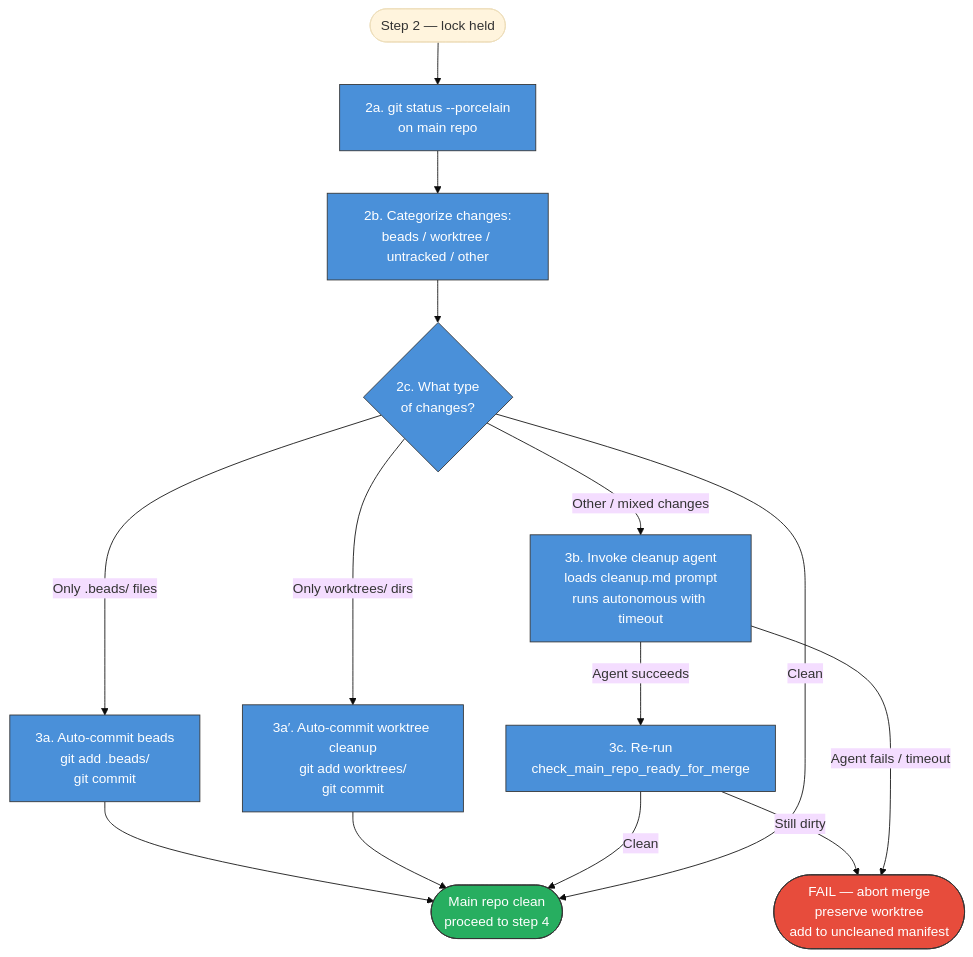
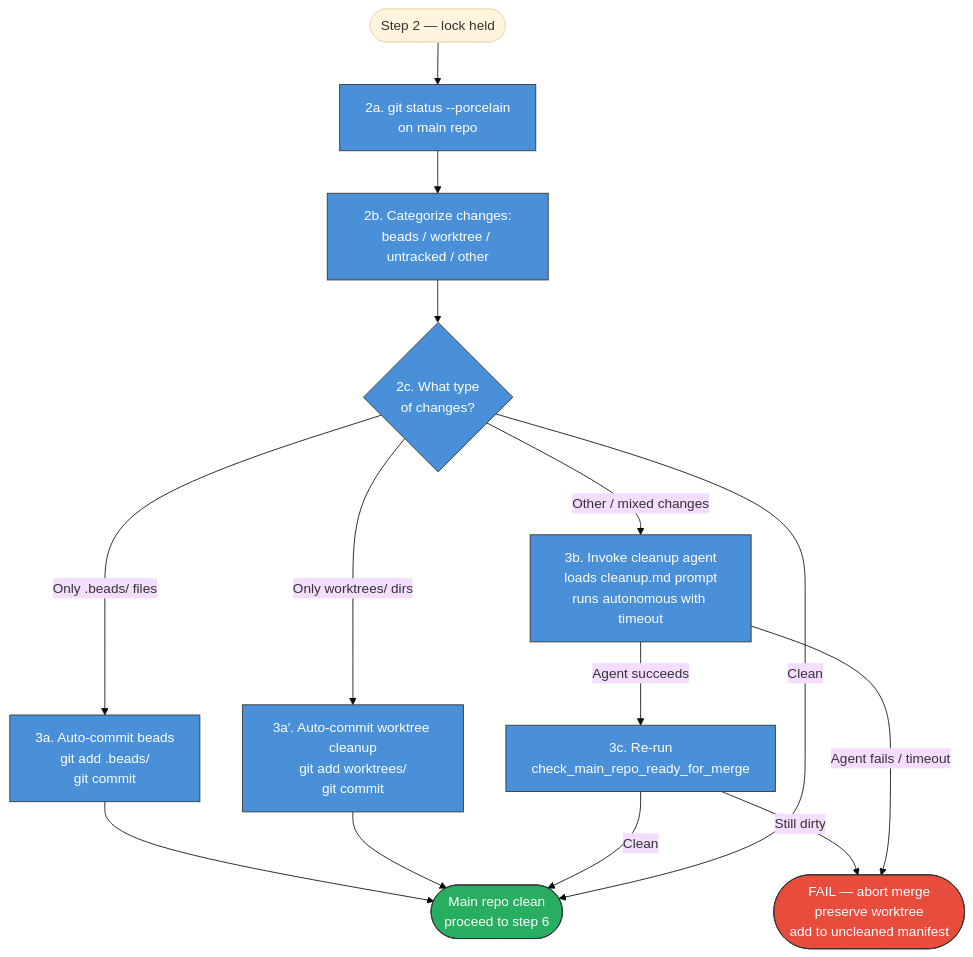
The third of 5 diagrams in docs/merge-workflow.md (AmeliaRose802/PokePoke), drawn with Mermaid (base theme) before and after one commit. The commit also changed other lines of this file and 4 other files, not shown here.

First line of the commit message:
feat(merge): hoist worktree clean + commit count checks before merge lock

````diff
--- a/docs/merge-workflow.md
+++ b/docs/merge-workflow.md
@@ -111,37 +109,37 @@
 ```mermaid
 flowchart TD
     START(["Step 2 — lock held"]) --> STATUS["2a. git status --porcelain<br/>on main repo"]
 
     STATUS --> CATEGORIZE["2b. Categorize changes:<br/>beads / worktree / untracked / other"]
 
     CATEGORIZE --> DECISION{"2c. What type<br/>of changes?"}
 
     DECISION -- "Only .beads/ files" --> BEADS_COMMIT["3a. Auto-commit beads<br/>git add .beads/<br/>git commit"]
-    BEADS_COMMIT --> OK(["Main repo clean<br/>proceed to step 4"])
+    BEADS_COMMIT --> OK(["Main repo clean<br/>proceed to step 6"])
 
     DECISION -- "Only worktrees/ dirs" --> WT_COMMIT["3a′. Auto-commit worktree cleanup<br/>git add worktrees/<br/>git commit"]
     WT_COMMIT --> OK
 
     DECISION -- "Other / mixed changes" --> CLEANUP["3b. Invoke cleanup agent<br/>loads cleanup.md prompt<br/>runs autonomous with timeout"]
 
     CLEANUP -- "Agent succeeds" --> RECHECK["3c. Re-run<br/>check_main_repo_ready_for_merge"]
     RECHECK -- Clean --> OK
     RECHECK -- Still dirty --> ABORT(["FAIL — abort merge<br/>preserve worktree<br/>add to uncleaned manifest"])
 
     CLEANUP -- "Agent fails / timeout" --> ABORT
 
     DECISION -- "Clean" --> OK
 
     %% Lock held (blue)
     style STATUS fill:#4a90d9,stroke:#333,color:#fff
     style CATEGORIZE fill:#4a90d9,stroke:#333,color:#fff
     style DECISION fill:#4a90d9,stroke:#333,color:#fff
     style BEADS_COMMIT fill:#4a90d9,stroke:#333,color:#fff
     style WT_COMMIT fill:#4a90d9,stroke:#333,color:#fff
     style CLEANUP fill:#4a90d9,stroke:#333,color:#fff
     style RECHECK fill:#4a90d9,stroke:#333,color:#fff
 
     %% Terminals
     style ABORT fill:#e74c3c,stroke:#333,color:#fff
     style OK fill:#27ae60,stroke:#333,color:#fff
 ```
````
